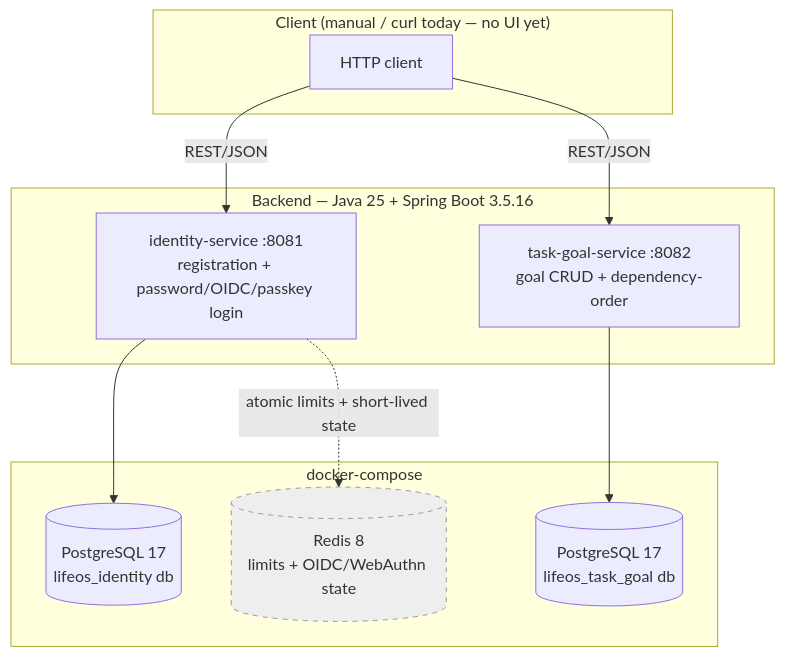
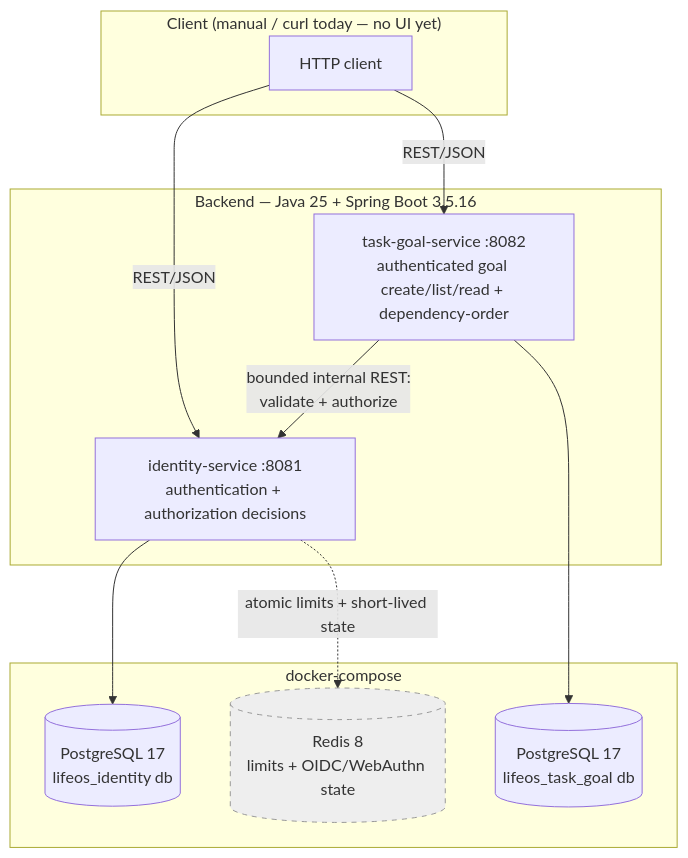
One commit to tdespenza/lifeos changed the diagram in docs/diagrams/current-architecture.md. Above: the diagram before and after it, drawn with Mermaid. The commit also changed other lines of this file and 98 other files, not shown here.

First line of the commit message:
Implement RBAC and ABAC authorization decisions (#243)

````diff
--- a/docs/diagrams/current-architecture.md
+++ b/docs/diagrams/current-architecture.md
@@ -5,25 +5,26 @@
 ```mermaid
 graph TD
     subgraph Client["Client (manual / curl today — no UI yet)"]
         C[HTTP client]
     end
 
     subgraph Services["Backend — Java 25 + Spring Boot 3.5.16"]
-        I["identity-service :8081<br/>registration + password/OIDC/passkey login"]
-        T["task-goal-service :8082<br/>goal CRUD + dependency-order"]
+        I["identity-service :8081<br/>authentication + authorization decisions"]
+        T["task-goal-service :8082<br/>authenticated goal create/list/read + dependency-order"]
     end
 
     subgraph Data["docker-compose"]
         PG[("PostgreSQL 17<br/>lifeos_identity db")]
         PG2[("PostgreSQL 17<br/>lifeos_task_goal db")]
         R[("Redis 8<br/>limits + OIDC/WebAuthn state")]
     end
 
     C -->|REST/JSON| I
     C -->|REST/JSON| T
+    T -->|bounded internal REST:<br/>validate + authorize| I
     I --> PG
     I -.->|atomic limits + short-lived state| R
     T --> PG2
 
     style R fill:#eee,stroke:#999,stroke-dasharray: 5 5
 ```
````
